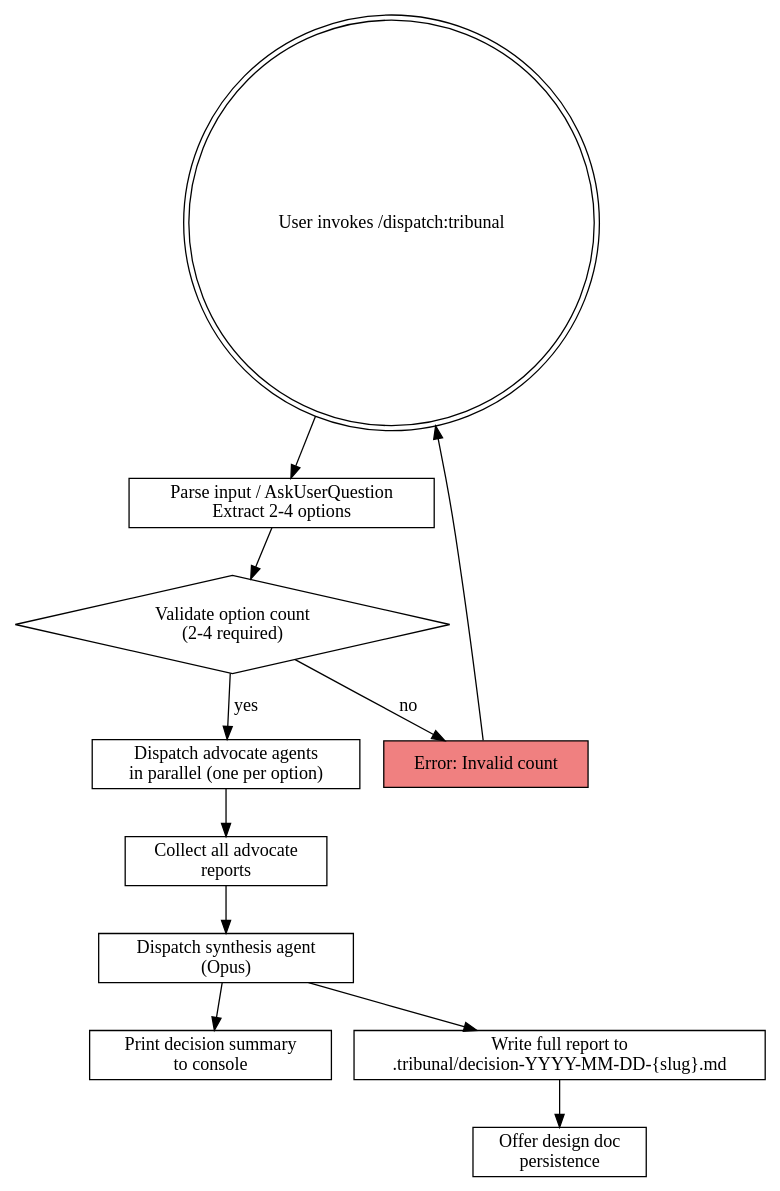
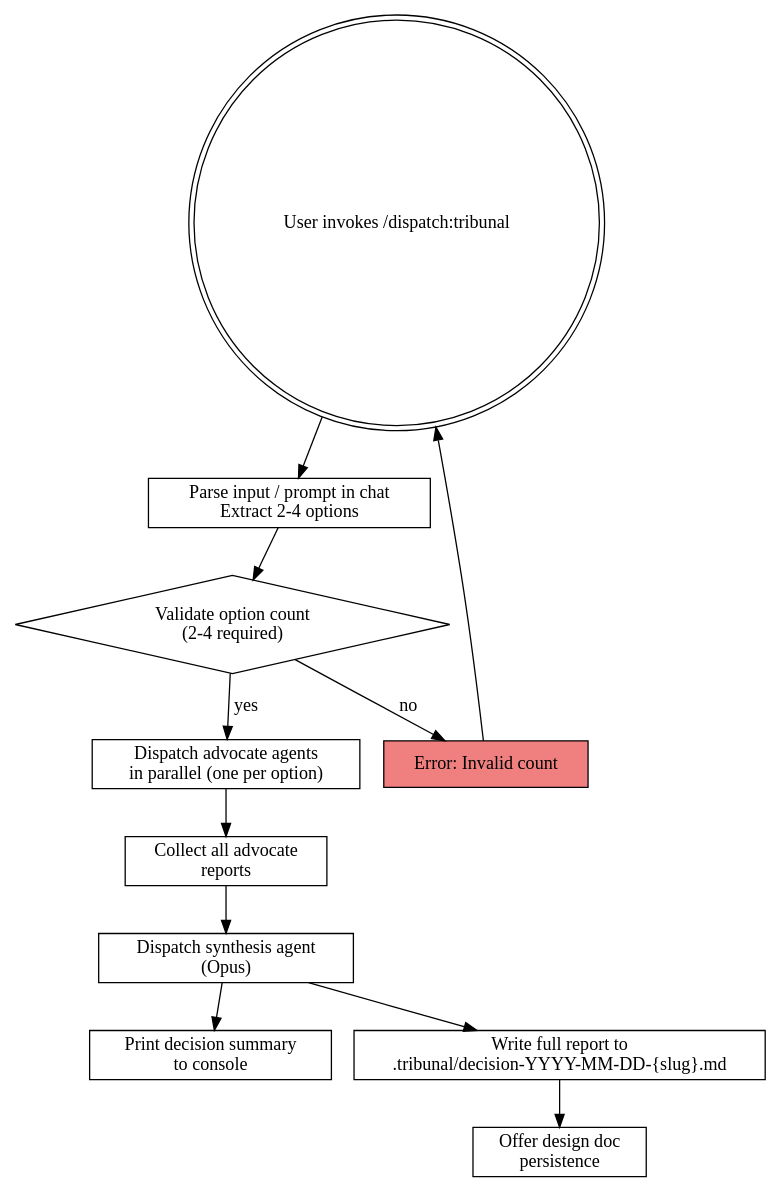
Before and after one commit to KwanwooLee36/dispatch: the diagram in skills/tribunal/SKILL.md, drawn with Graphviz. The commit also changed other lines of this file and 9 other files, not shown here.

````diff
--- a/skills/tribunal/SKILL.md
+++ b/skills/tribunal/SKILL.md
@@ -186,28 +186,28 @@
 ```dot
 digraph tribunal_flow {
     rankdir=TB;
     node [shape=box];
 
     start [label="User invokes /dispatch:tribunal" shape=doublecircle];
-    parse [label="Parse input / AskUserQuestion\nExtract 2-4 options"];
+    parse [label="Parse input / prompt in chat\nExtract 2-4 options"];
     validate [label="Validate option count\n(2-4 required)" shape=diamond];
     error1 [label="Error: Invalid count" shape=box, style=filled, fillcolor=lightcoral];
     dispatch [label="Dispatch advocate agents\nin parallel (one per option)"];
     collect [label="Collect all advocate\nreports"];
     synthesis [label="Dispatch synthesis agent\n(Opus)"];
     console [label="Print decision summary\nto console"];
     file [label="Write full report to\n.tribunal/decision-YYYY-MM-DD-{slug}.md"];
     offer [label="Offer design doc\npersistence"];
 
     start -> parse;
     parse -> validate;
     validate -> error1 [label="no"];
     validate -> dispatch [label="yes"];
     error1 -> start;
     dispatch -> collect;
     collect -> synthesis;
     synthesis -> console;
     synthesis -> file;
     file -> offer;
 }
 ```
````
